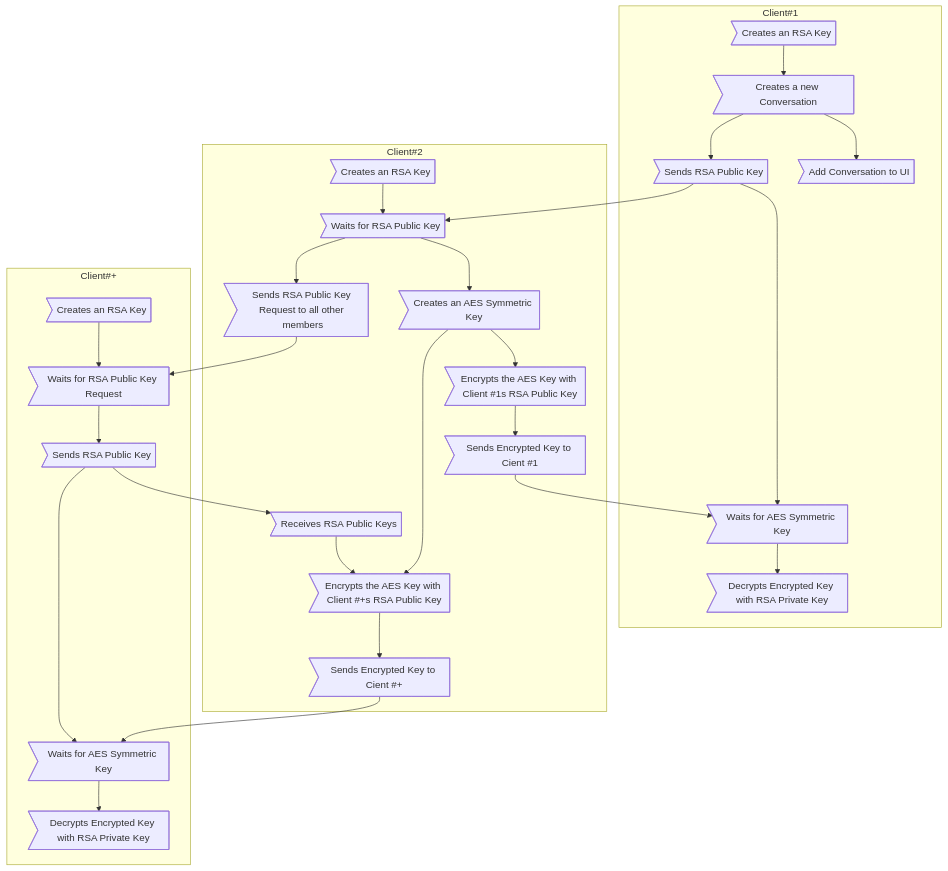
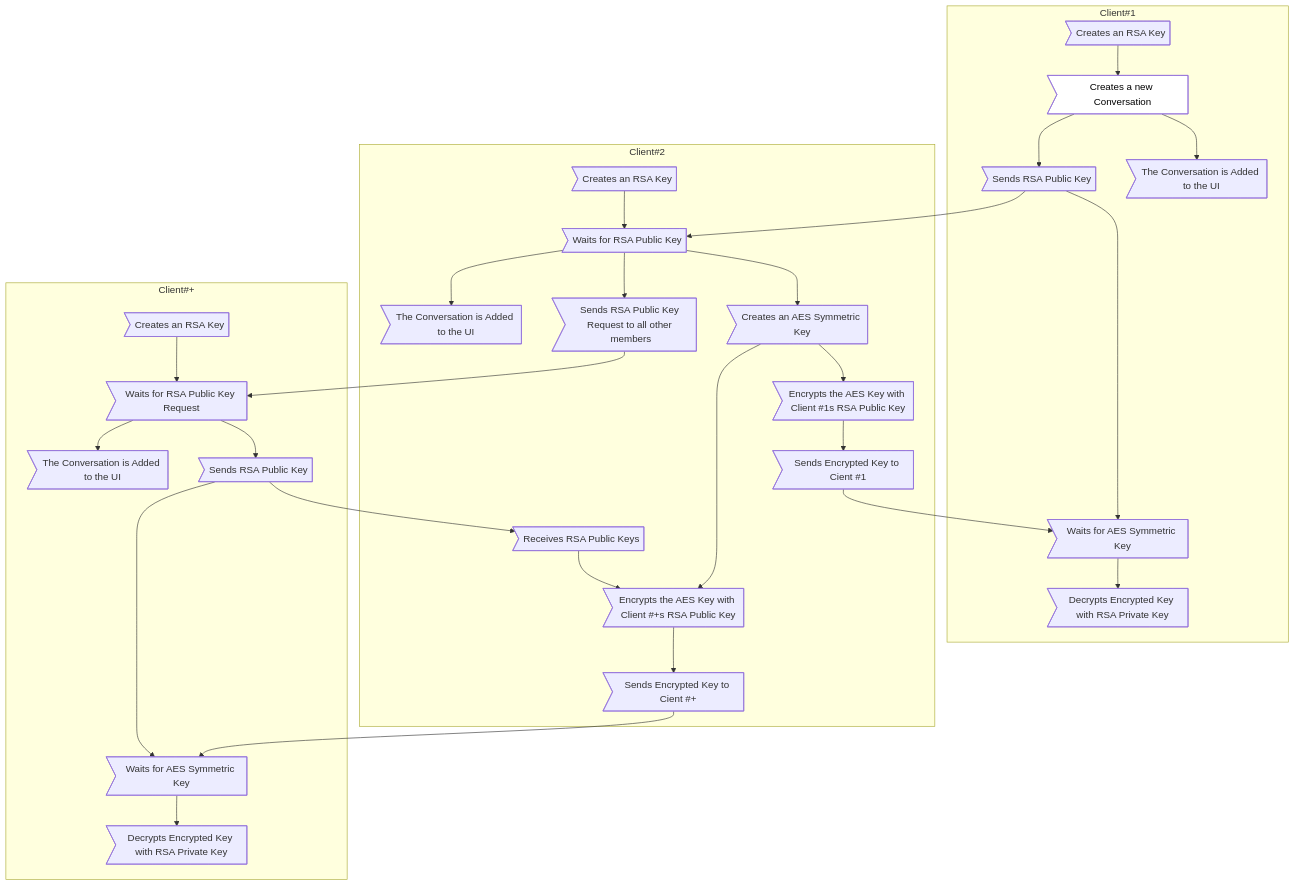
The first of 2 diagrams in README.md (xXCrash2BomberXx/TinyChat), drawn with Mermaid before and after one commit. The commit also changed other lines of this file, not shown here.

````diff
--- a/README.md
+++ b/README.md
@@ -159,38 +111,43 @@
 ```mermaid
 graph TB;
     subgraph "Client#2"
     I;
     end
     subgraph "Client#+"
     M;
     N;
     end
   subgraph "Client#1"
   A>Creates an RSA Key] --> B>Creates a new Conversation];
-  B --> C>Add Conversation to UI];
+  B --> C>The Conversation is Added to the UI];
   B --> D>Sends RSA Public Key];
   D --> J>Waits for AES Symmetric Key];
   I --> J;
   J --> K>Decrypts Encrypted Key with RSA Private Key];
   end
   subgraph "Client#2"
   E>Creates an RSA Key] --> F>Waits for RSA Public Key];
   D --> F;
   F --> G>Creates an AES Symmetric Key];
   G -->H>Encrypts the AES Key with Client #1s RSA Public Key];
   H -->I>Sends Encrypted Key to Cient #1];
   F --> O>Sends RSA Public Key Request to all other members];
   O --> M;
   N --> P>Receives RSA Public Keys];
   G --> Q;
   P --> Q>Encrypts the AES Key with Client #+s RSA Public Key];
   Q --> R>Sends Encrypted Key to Cient #+];
+  F --> U>The Conversation is Added to the UI];
   end
   subgraph "Client#+"
   L>Creates an RSA Key] --> M>Waits for RSA Public Key Request];
   M --> N>Sends RSA Public Key];
   N --> S> Waits for AES Symmetric Key];
   R --> S;
   S --> T>Decrypts Encrypted Key with RSA Private Key];
+  M --> V>The Conversation is Added to the UI];
   end
+  
+  classDef user fill:#fff,color:#000
+  class B user;
 ```
````
